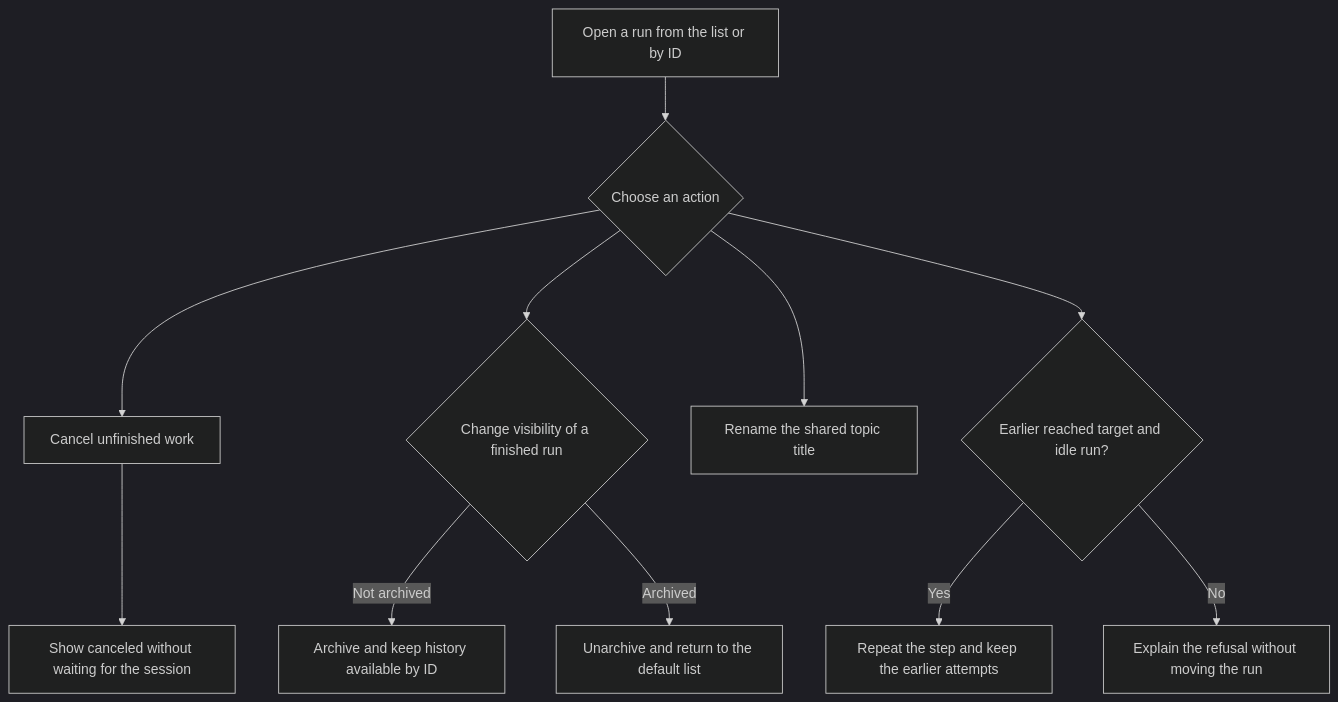
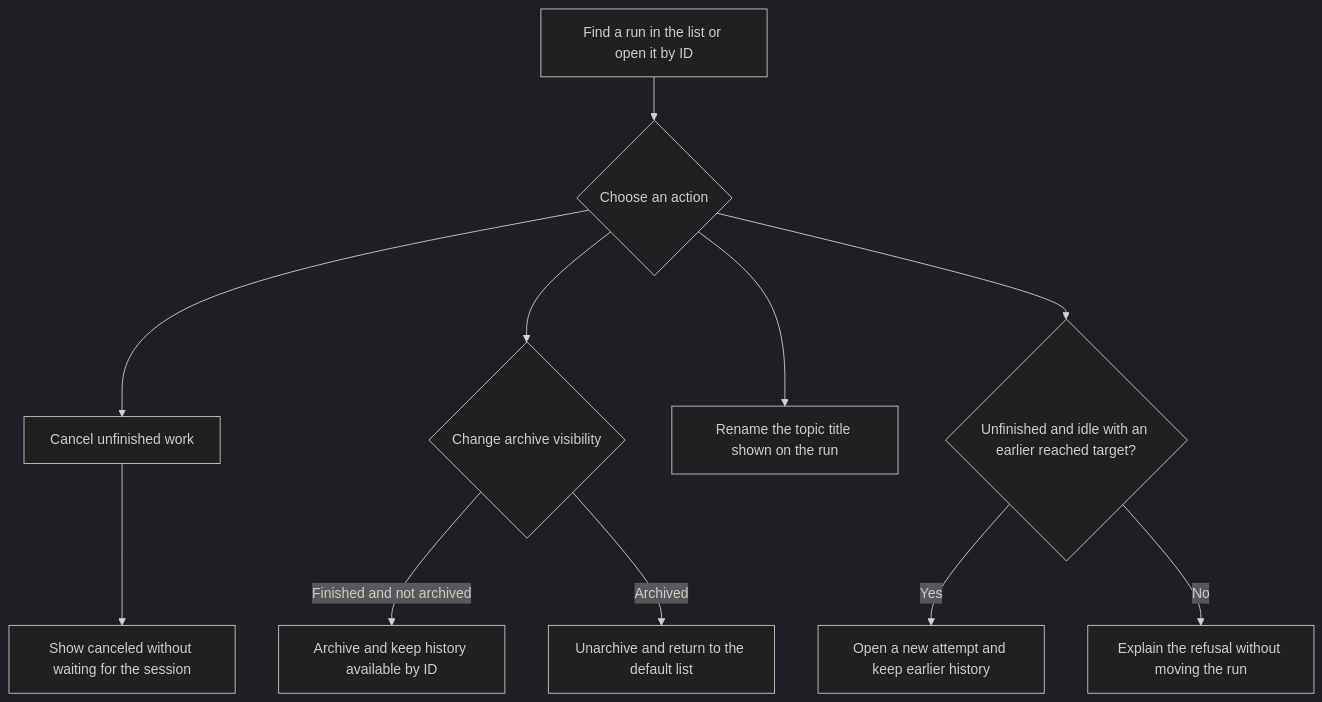
One commit to markdstafford/autocatalyst changed the first of 3 diagrams in context-human/specs/feature-run-operator-actions.md. Above: the diagram before and after it, drawn with Mermaid (dark theme). The commit also changed other lines of this file, not shown here.

Commit message:
docs: revise feature spec run-operator-actions

````diff
--- a/context-human/specs/feature-run-operator-actions.md
+++ b/context-human/specs/feature-run-operator-actions.md
@@ -75,13 +75,13 @@
 ```mermaid
 flowchart TD
-    A[Open a run from the list or by ID] --> B{Choose an action}
+    A[Find a run in the list or open it by ID] --> B{Choose an action}
     B --> C[Cancel unfinished work]
     C --> D[Show canceled without waiting for the session]
-    B --> E{Change visibility of a finished run}
-    E -->|Not archived| F[Archive and keep history available by ID]
+    B --> E{Change archive visibility}
+    E -->|Finished and not archived| F[Archive and keep history available by ID]
     E -->|Archived| G[Unarchive and return to the default list]
-    B --> H[Rename the shared topic title]
-    B --> I{Earlier reached target and idle run?}
-    I -->|Yes| J[Repeat the step and keep the earlier attempts]
+    B --> H[Rename the topic title shown on the run]
+    B --> I{Unfinished and idle with an earlier reached target?}
+    I -->|Yes| J[Open a new attempt and keep earlier history]
     I -->|No| K[Explain the refusal without moving the run]
 ```
````
